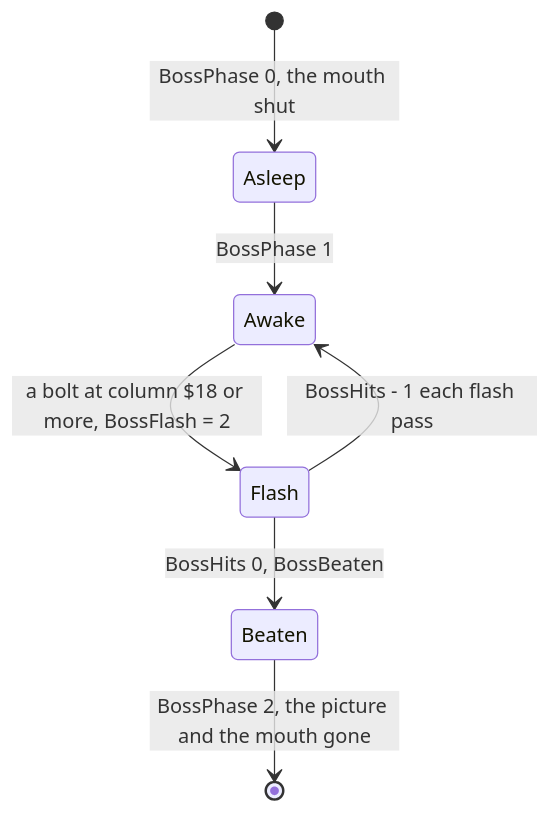
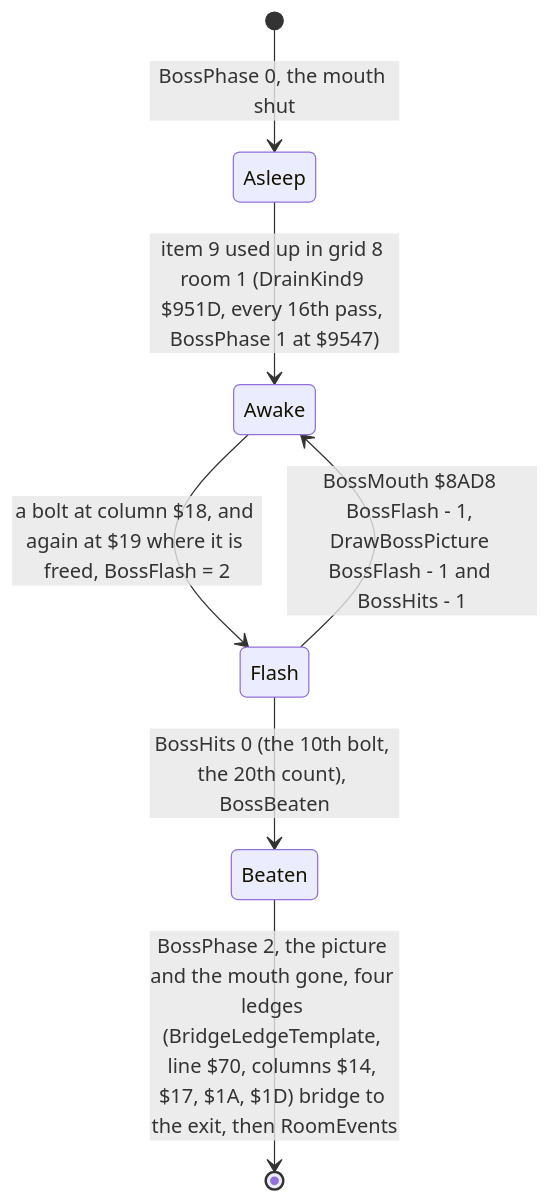
The ninth of 10 diagrams in games/myth/docs/10-gameplay-logic.md (alfishe/unrealng-reverse-cases), drawn with Mermaid before and after one commit. The commit also changed other lines of this file and 29 other files, not shown here.

````diff
--- a/games/myth/docs/10-gameplay-logic.md
+++ b/games/myth/docs/10-gameplay-logic.md
@@ -853,9 +863,9 @@
 ```mermaid
 stateDiagram-v2
     [*] --> Asleep: BossPhase 0, the mouth shut
-    Asleep --> Awake: BossPhase 1
-    Awake --> Flash: a bolt at column $18 or more, BossFlash = 2
-    Flash --> Awake: BossHits - 1 each flash pass
-    Flash --> Beaten: BossHits 0, BossBeaten
-    Beaten --> [*]: BossPhase 2, the picture and the mouth gone
+    Asleep --> Awake: item 9 used up in grid 8 room 1 (DrainKind9 $951D, every 16th pass, BossPhase 1 at $9547)
+    Awake --> Flash: a bolt at column $18, and again at $19 where it is freed, BossFlash = 2
+    Flash --> Awake: BossMouth $8AD8 BossFlash - 1, DrawBossPicture BossFlash - 1 and BossHits - 1
+    Flash --> Beaten: BossHits 0 (the 10th bolt, the 20th count), BossBeaten
+    Beaten --> [*]: BossPhase 2, the picture and the mouth gone, four ledges (BridgeLedgeTemplate, line $70, columns $14, $17, $1A, $1D) bridge to the exit, then RoomEvents
 ```
````
